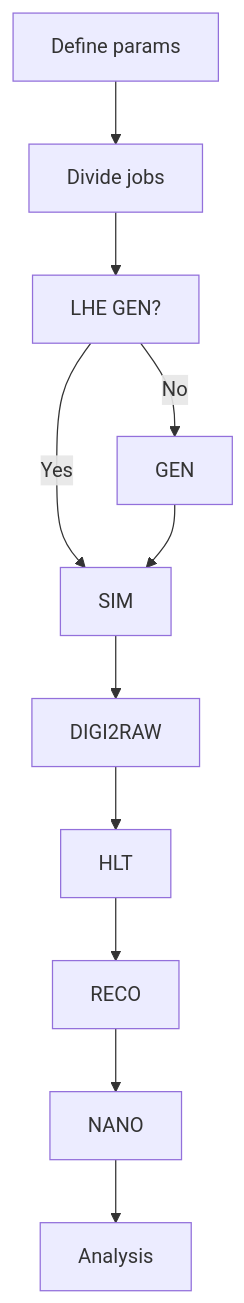
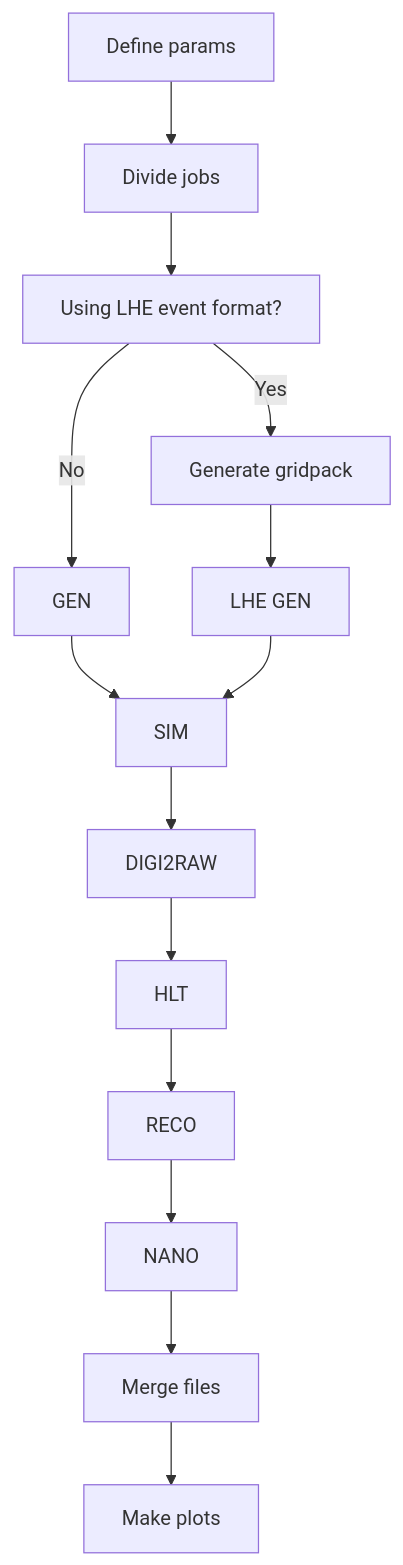
The diagram in content/episodes/01-introduction/index.md (cms-opendata-workshop/tutorial-lesson-full-simulation-cloud-infomaniak), drawn with Mermaid before and after one commit. The commit also changed other lines of this file and 18 other files, not shown here.

````diff
--- a/content/episodes/01-introduction/index.md
+++ b/content/episodes/01-introduction/index.md
@@ -19,13 +36,16 @@
 ```mermaid
 flowchart TD
     A[Define params] --> B[Divide jobs]
-    B --> C[LHE GEN?]
+    B --> C[Using LHE event format?]
     C --> |No| D[GEN]
-    C --> |Yes| E[SIM]
-    D --> E[SIM]
-    E --> F[DIGI2RAW]
-    F --> G[HLT]
-    G --> H[RECO]
-    H --> I[NANO]
-    I --> J[Analysis]
+    C --> |Yes| E[Generate gridpack]
+    D --> G[SIM]
+    E --> F[LHE GEN]
+    F --> G[SIM]
+    G --> H[DIGI2RAW]
+    H --> I[HLT]
+    I --> J[RECO]
+    J --> K[NANO]
+    K --> L[Merge files]
+    L --> M[Make plots]
 ```
````
